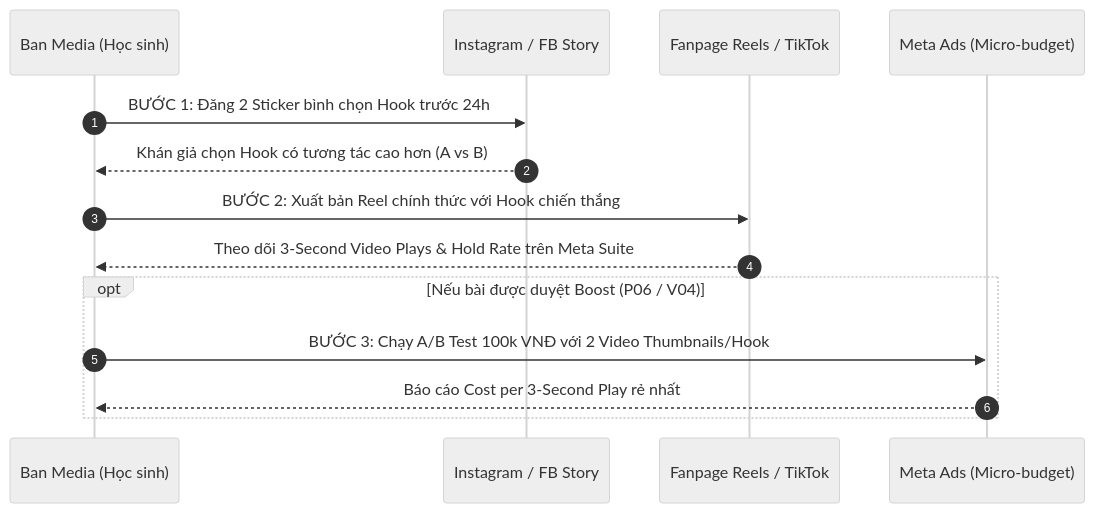
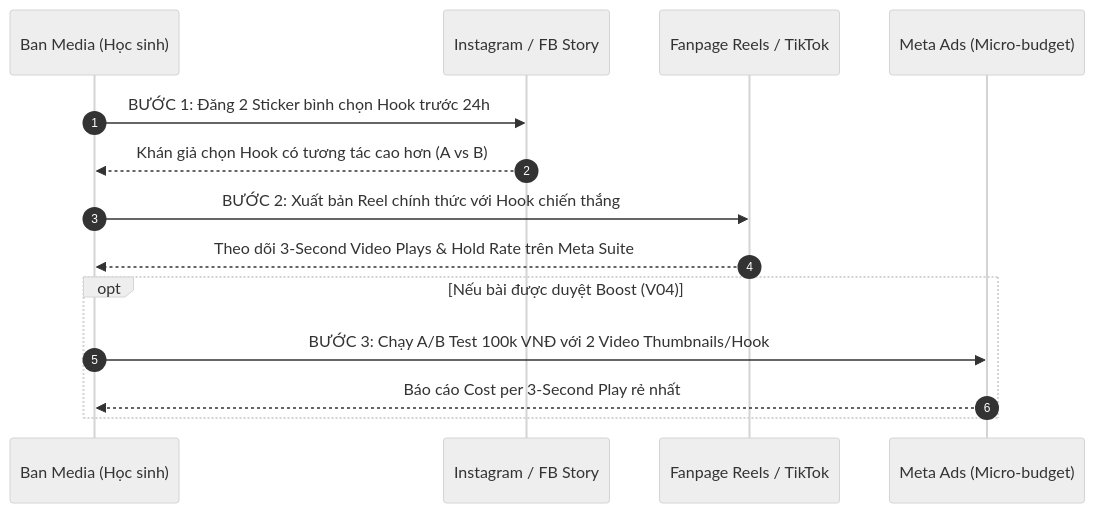
The fourth of 4 diagrams in docs/campaign-2026-2027/research/R10-hook-research.md (Minhmice/roboticssocson), drawn with Mermaid (neutral theme) before and after one commit. The commit also changed other lines of this file and 367 other files, not shown here.

````diff
--- a/docs/campaign-2026-2027/research/R10-hook-research.md
+++ b/docs/campaign-2026-2027/research/R10-hook-research.md
@@ -367,17 +362,17 @@
 ```mermaid
 sequenceDiagram
     autonumber
     participant Lab as Ban Media (Học sinh)
     participant Story as Instagram / FB Story
     participant Reels as Fanpage Reels / TikTok
     participant Meta as Meta Ads (Micro-budget)
 
     Lab->>Story: BƯỚC 1: Đăng 2 Sticker bình chọn Hook trước 24h
     Story-->>Lab: Khán giả chọn Hook có tương tác cao hơn (A vs B)
     Lab->>Reels: BƯỚC 2: Xuất bản Reel chính thức với Hook chiến thắng
     Reels-->>Lab: Theo dõi 3-Second Video Plays & Hold Rate trên Meta Suite
-    opt Nếu bài được duyệt Boost (P06 / V04)
+    opt Nếu bài được duyệt Boost (V04)
         Lab->>Meta: BƯỚC 3: Chạy A/B Test 100k VNĐ với 2 Video Thumbnails/Hook
         Meta-->>Lab: Báo cáo Cost per 3-Second Play rẻ nhất
     end
 ```
````
